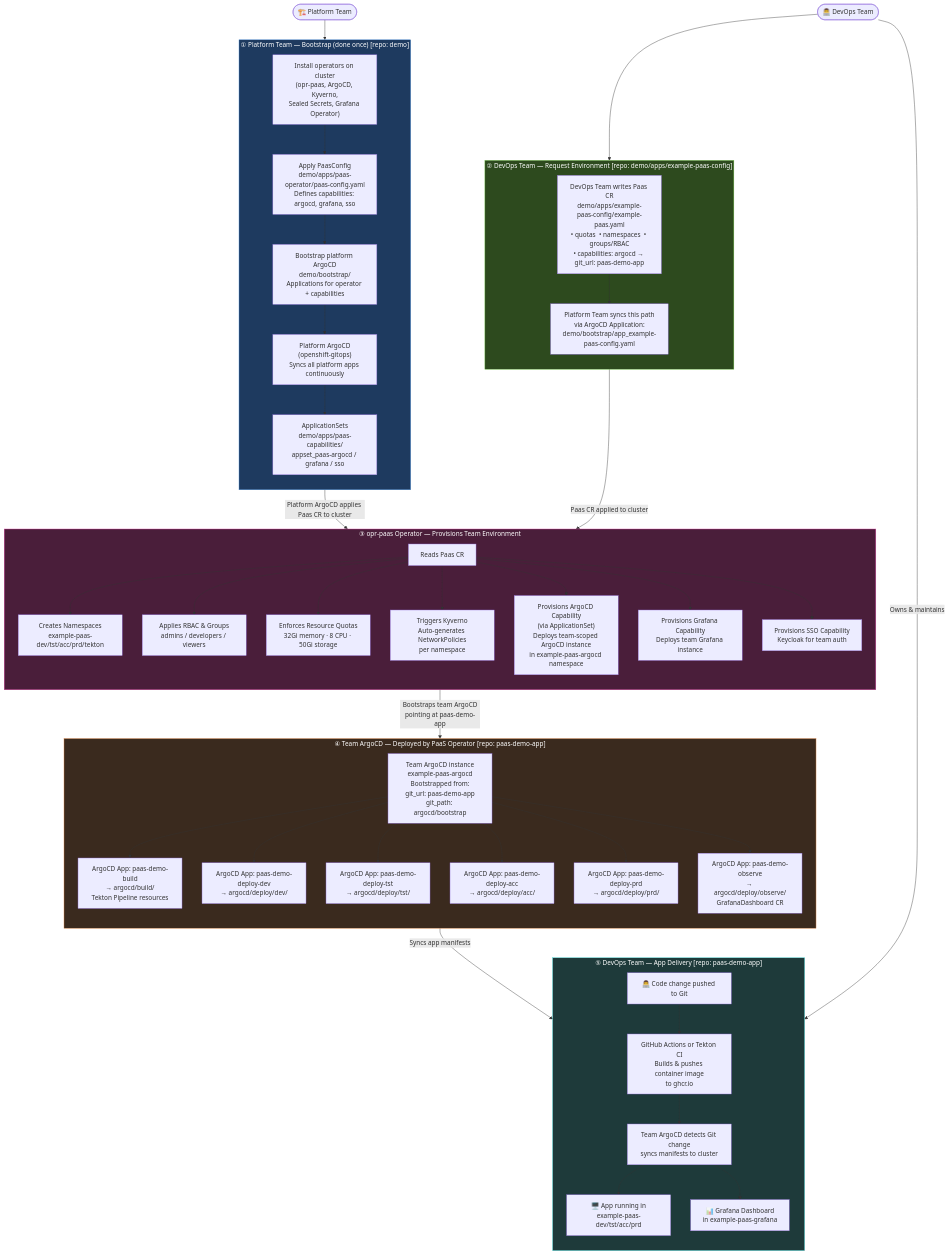
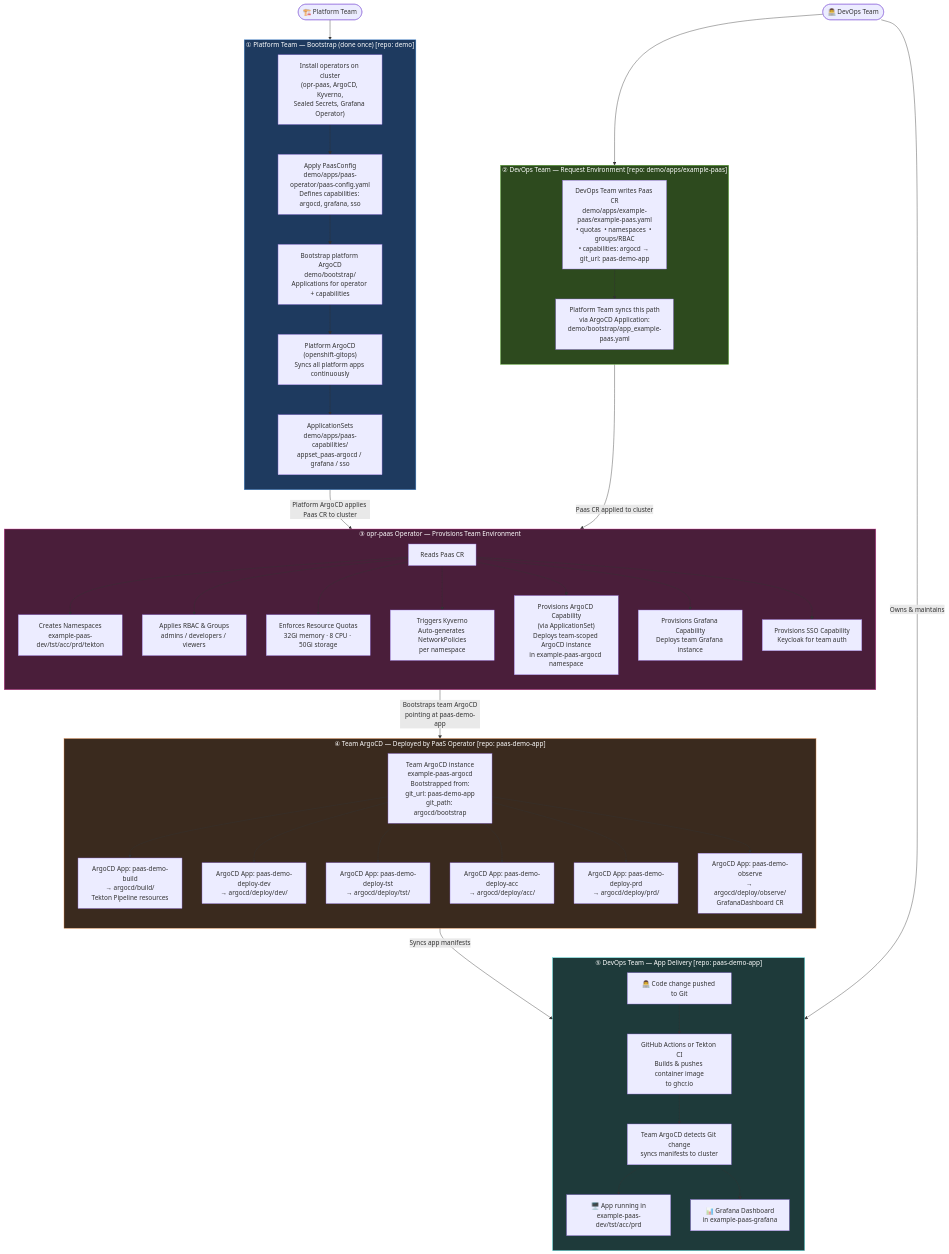
Before and after one commit to benoitschipper/paas-demo: the diagram in FlowChart.md, drawn with Mermaid. The commit also changed other lines of this file, not shown here.

Commit message:
fix flowchart

```diff
--- a/FlowChart.md
+++ b/FlowChart.md
@@ -39,10 +39,10 @@
     end
 
     %% ② DEVOPS PAAS CR
-    subgraph DEVOPS_CONFIG ["② DevOps Team — Request Environment  [repo: demo/apps/example-paas-config]"]
+    subgraph DEVOPS_CONFIG ["② DevOps Team — Request Environment  [repo: demo/apps/example-paas]"]
         direction TB
-        D1["DevOps Team writes Paas CR<br/>demo/apps/example-paas-config/example-paas.yaml<br/>• quotas  • namespaces  • groups/RBAC<br/>• capabilities: argocd → git_url: paas-demo-app"]
-        D2["Platform Team syncs this path<br/>via ArgoCD Application:<br/>demo/bootstrap/app_example-paas-config.yaml"]
+        D1["DevOps Team writes Paas CR<br/>demo/apps/example-paas/example-paas.yaml<br/>• quotas  • namespaces  • groups/RBAC<br/>• capabilities: argocd → git_url: paas-demo-app"]
+        D2["Platform Team syncs this path<br/>via ArgoCD Application:<br/>demo/bootstrap/app_example-paas.yaml"]
         D1 --> D2
     end
 
```
